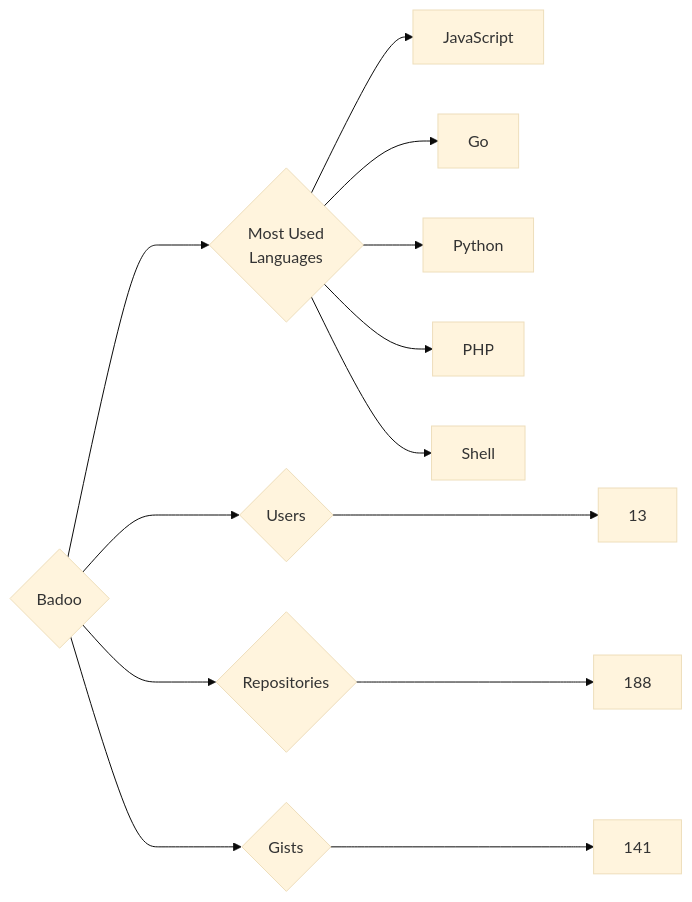
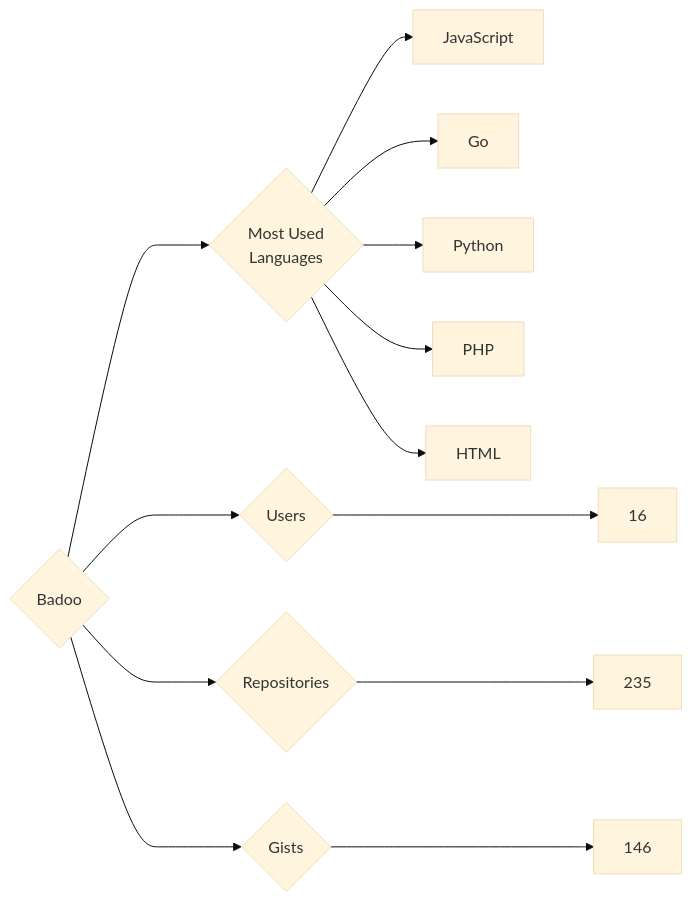
The diagram in targets/Badoo/README.md (trickest/insiders), drawn with Mermaid (base theme) before and after one commit. The commit also changed 951 other files, not shown here.

````diff
--- a/targets/Badoo/README.md
+++ b/targets/Badoo/README.md
@@ -3,13 +3,13 @@
 ```mermaid
 graph LR
 COMPANY_NAME{Badoo}
-COMPANY_NAME ---> U{Users} ---> UN[13]
-COMPANY_NAME ---> R{Repositories} ---> RN[188]
-COMPANY_NAME ---> G{Gists} ---> GN[141]
+COMPANY_NAME ---> U{Users} ---> UN[16]
+COMPANY_NAME ---> R{Repositories} ---> RN[235]
+COMPANY_NAME ---> G{Gists} ---> GN[146]
 COMPANY_NAME ---> ML{Most Used<br>Languages}
-ML --> JavaScript
-ML --> Go
-ML --> Python
-ML --> PHP
-ML --> Shell
+ML --> JavaScript[JavaScript]
+ML --> Go[Go]
+ML --> Python[Python]
+ML --> PHP[PHP]
+ML --> HTML[HTML]
 ```
````
